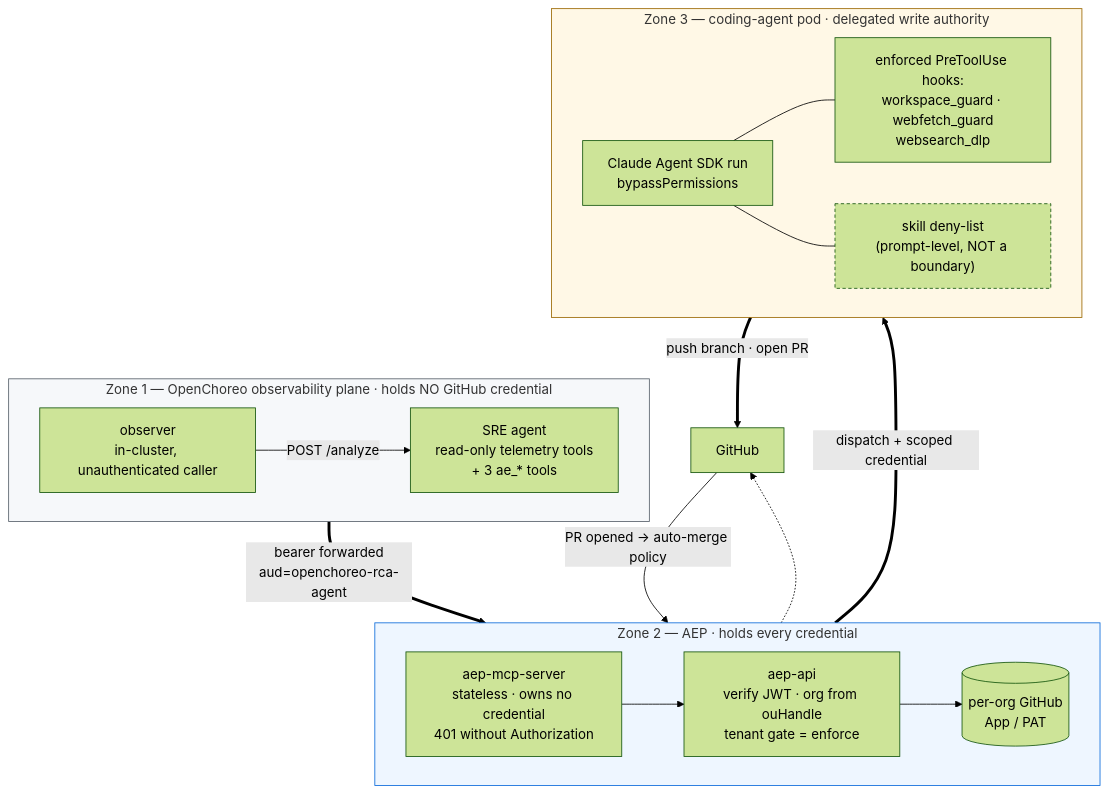
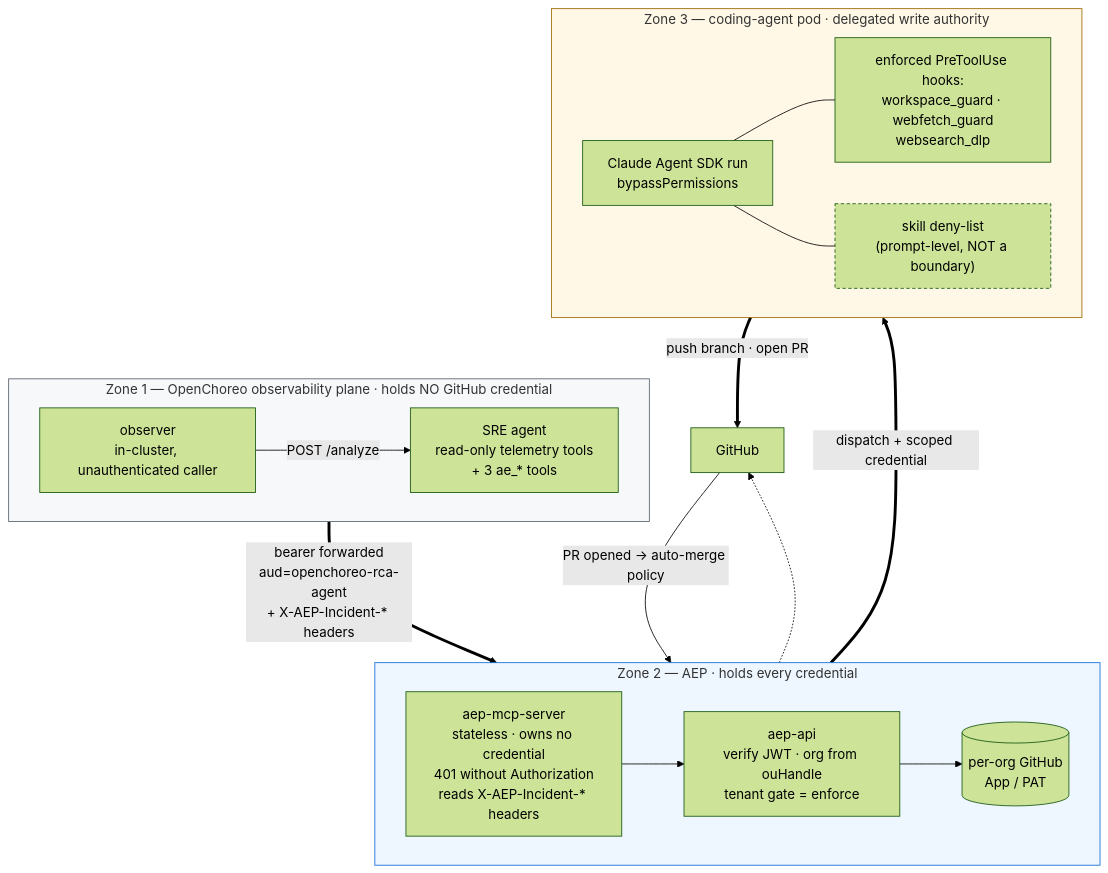
Before and after one commit to tharindulak/labs-agentic-engineer: the first of 3 diagrams in docs/developer-guide/sre-handoff-security.md, drawn with Mermaid (forest theme). The commit also changed other lines of this file and 10 other files, not shown here.

````diff
--- a/docs/developer-guide/sre-handoff-security.md
+++ b/docs/developer-guide/sre-handoff-security.md
@@ -20,37 +20,37 @@
 ```mermaid
 flowchart TB
   subgraph Z1["Zone 1 — OpenChoreo observability plane · holds NO GitHub credential"]
     direction LR
     OBS["observer<br/>in-cluster, unauthenticated caller"]
     RCA["SRE agent<br/>read-only telemetry tools<br/>+ 3 ae_* tools"]
     OBS -- "POST /analyze" --> RCA
   end
 
   subgraph Z2["Zone 2 — AEP · holds every credential"]
     direction LR
-    MCP["aep-mcp-server<br/>stateless · owns no credential<br/>401 without Authorization"]
+    MCP["aep-mcp-server<br/>stateless · owns no credential<br/>401 without Authorization<br/>reads X-AEP-Incident-* headers"]
     API["aep-api<br/>verify JWT · org from ouHandle<br/>tenant gate = enforce"]
     GHC[("per-org GitHub<br/>App / PAT")]
     MCP --> API --> GHC
   end
 
   subgraph Z3["Zone 3 — coding-agent pod · delegated write authority"]
     direction LR
     CA["Claude Agent SDK run<br/>bypassPermissions"]
     HK["enforced PreToolUse hooks:<br/>workspace_guard · webfetch_guard<br/>websearch_dlp"]
     SKL["skill deny-list<br/>(prompt-level, NOT a boundary)"]
     CA --- HK
     CA --- SKL
   end
 
-  RCA == "bearer forwarded<br/>aud=openchoreo-rca-agent" ==> MCP
+  RCA == "bearer forwarded<br/>aud=openchoreo-rca-agent<br/>+ X-AEP-Incident-* headers" ==> MCP
   API == "dispatch + scoped credential" ==> CA
   CA == "push branch · open PR" ==> GH["GitHub"]
   GHC -.-> GH
   GH -- "PR opened → auto-merge policy" --> API
 
   style Z1 fill:#f6f8fa,stroke:#57606a
   style Z2 fill:#eef6ff,stroke:#0969da
   style Z3 fill:#fff8e6,stroke:#9a6700
   style SKL stroke-dasharray: 4 3
 ```
````
